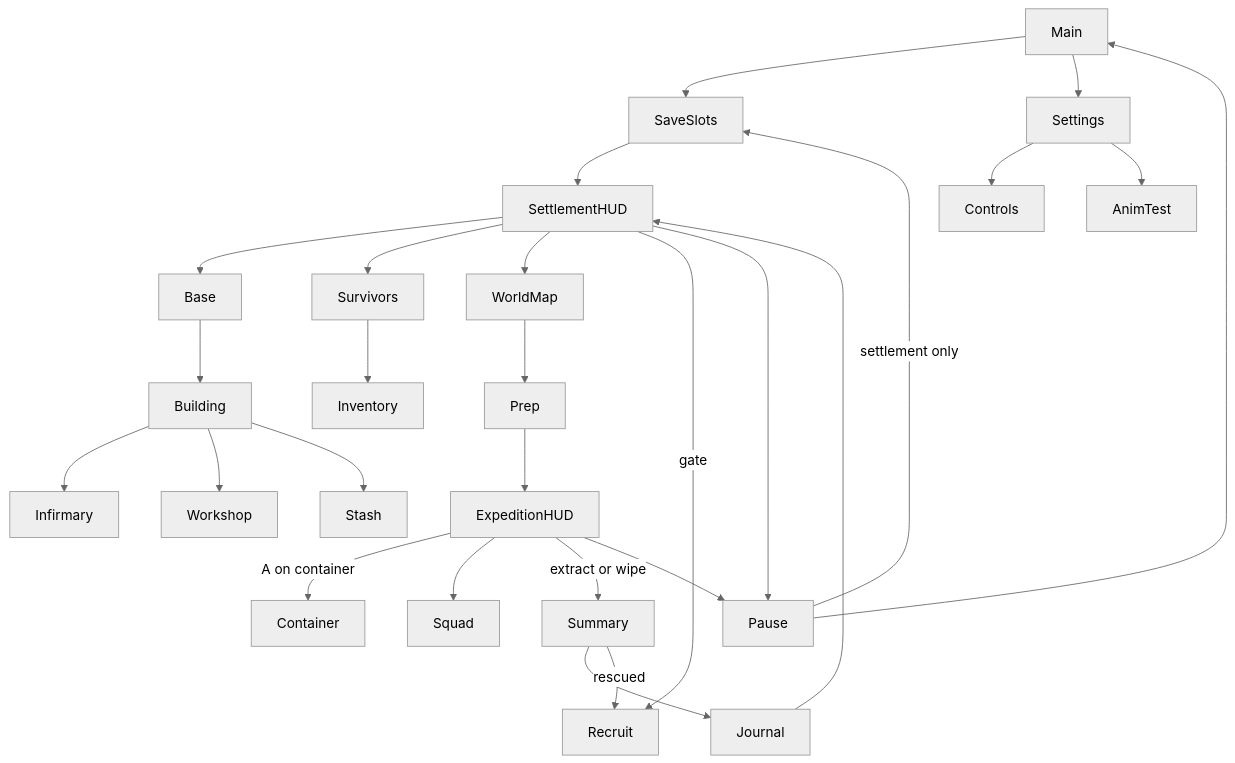
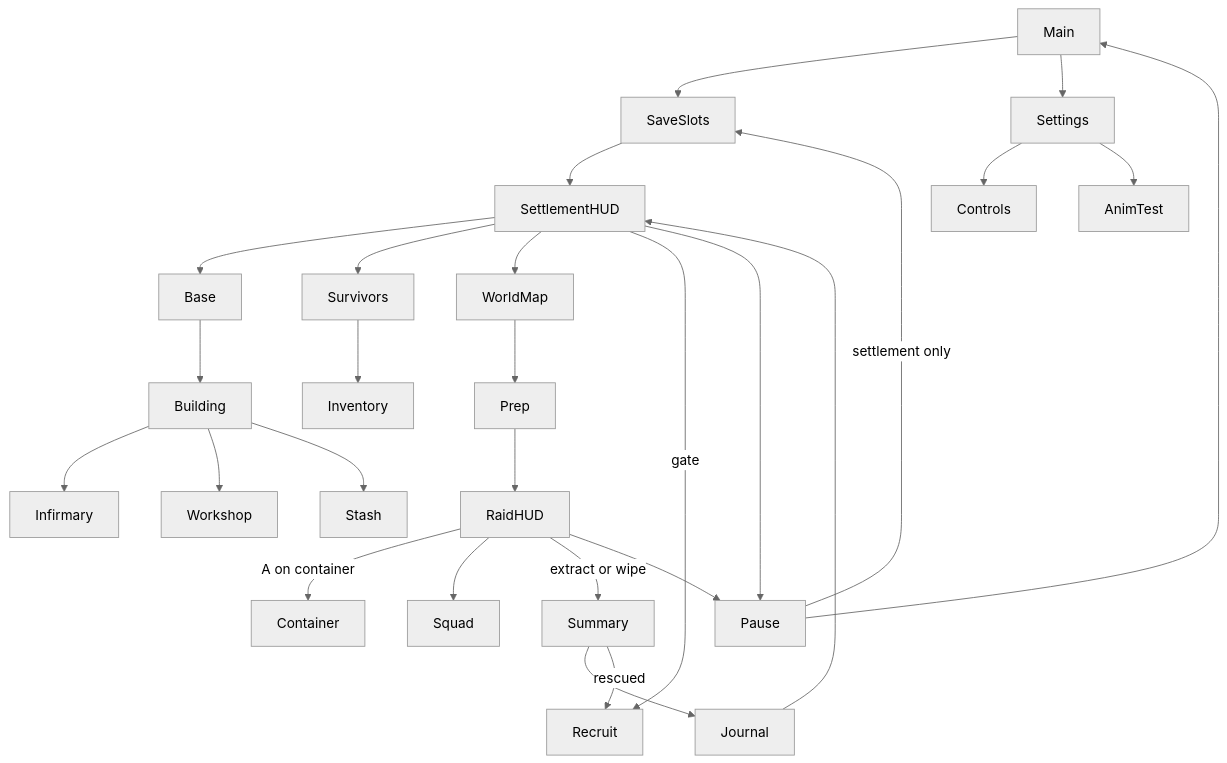
Before and after one commit to JustGoodinc/zombie-settlement-3ds: the diagram in docs/UI_SCREEN_INDEX.md, drawn with Mermaid (neutral theme). The commit also changed other lines of this file and 64 other files, not shown here.

````diff
--- a/docs/UI_SCREEN_INDEX.md
+++ b/docs/UI_SCREEN_INDEX.md
@@ -32,20 +32,20 @@
 ```mermaid
 flowchart TD
   Main --> SaveSlots --> SettlementHUD
   Main --> Settings --> Controls
   Settings --> AnimTest
   SettlementHUD --> Base --> Building --> Infirmary
   Building --> Workshop
   Building --> Stash
   SettlementHUD --> Survivors --> Inventory
-  SettlementHUD --> WorldMap --> Prep --> ExpeditionHUD
+  SettlementHUD --> WorldMap --> Prep --> RaidHUD
   SettlementHUD -->|gate| Recruit
-  ExpeditionHUD -->|A on container| Container
-  ExpeditionHUD --> Squad
-  ExpeditionHUD -->|extract or wipe| Summary --> Journal --> SettlementHUD
+  RaidHUD -->|A on container| Container
+  RaidHUD --> Squad
+  RaidHUD -->|extract or wipe| Summary --> Journal --> SettlementHUD
   Summary -->|rescued| Recruit
   SettlementHUD --> Pause
-  ExpeditionHUD --> Pause
+  RaidHUD --> Pause
   Pause -->|settlement only| SaveSlots
   Pause --> Main
 ```
````
